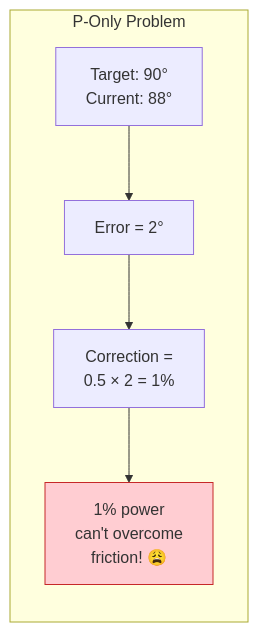
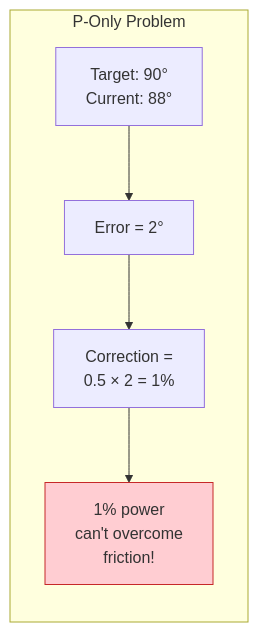
One commit to anowarislam/vex-pushback changed the sixth of 10 diagrams in docs/tutorials/07-advanced/01-pid-control.md. Above: the diagram before and after it, drawn with Mermaid. The commit also changed other lines of this file and 16 other files, not shown here.

````diff
--- a/docs/tutorials/07-advanced/01-pid-control.md
+++ b/docs/tutorials/07-advanced/01-pid-control.md
@@ -252,10 +252,10 @@
 ```mermaid
 flowchart LR
     subgraph "P-Only Problem"
         A["Target: 90°\nCurrent: 88°"] --> B["Error = 2°"]
         B --> C["Correction =\n0.5 × 2 = 1%"]
-        C --> D["1% power\ncan't overcome\nfriction! 😩"]
+        C --> D["1% power\ncan't overcome\nfriction!"]
     end
 
     style D fill:#ffcdd2,stroke:#c62828
 ```
````
